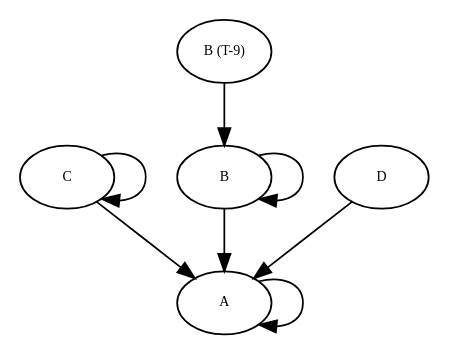
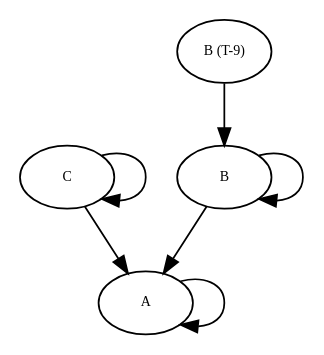
Before and after one commit to amso100/livescript-declarations: the diagram in graphs/debug_tree1.dot, drawn with Graphviz. The commit also changed 9 other files, not shown here.

```diff
--- a/graphs/debug_tree1.dot
+++ b/graphs/debug_tree1.dot
@@ -1,54 +1,45 @@
 digraph RGL__DirectedAdjacencyGraph {
     A [
         fontsize = 8,
         label = A
     ]
 
     C [
         fontsize = 8,
         label = C
     ]
 
     B [
         fontsize = 8,
         label = B
-    ]
-
-    D [
-        fontsize = 8,
-        label = D
     ]
 
     "B (T-9)" [
         fontsize = 8,
         label = "B (T-9)"
     ]
 
     A -> A [
         fontsize = 8
     ]
 
     C -> C [
         fontsize = 8
     ]
 
     C -> A [
         fontsize = 8
     ]
 
     B -> B [
         fontsize = 8
     ]
 
     B -> A [
         fontsize = 8
     ]
 
-    D -> A [
-        fontsize = 8
-    ]
-
     "B (T-9)" -> B [
         fontsize = 8
     ]
 }
```
